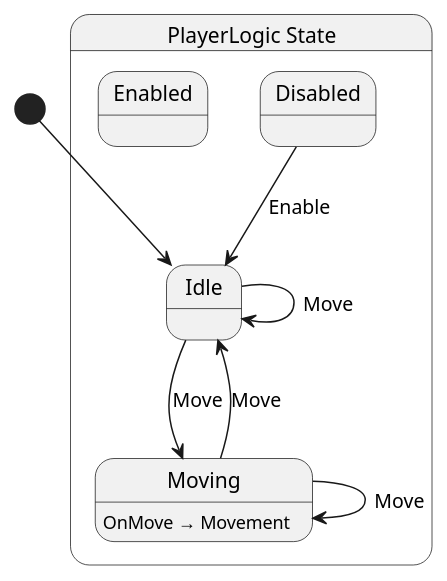
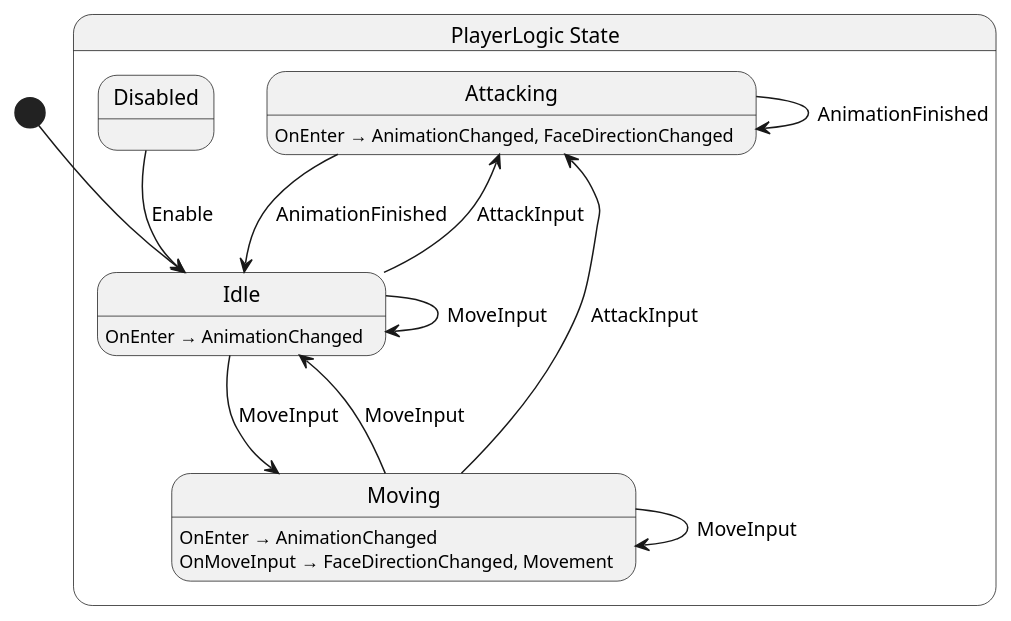
Before and after one commit to Nilsiker/Adventure: the diagram in src/player/state/PlayerLogic.g.puml, drawn with PlantUML. The commit also changed 27 other files, not shown here.

```diff
--- a/src/player/state/PlayerLogic.g.puml
+++ b/src/player/state/PlayerLogic.g.puml
@@ -1,18 +1,25 @@
 @startuml PlayerLogic
 state "PlayerLogic State" as Shellguard_Player_State_PlayerLogic_State {
+  state "Attacking" as Shellguard_Player_State_PlayerLogic_State_Attacking
   state "Disabled" as Shellguard_Player_State_PlayerLogic_State_Disabled
-  state "Enabled" as Shellguard_Player_State_PlayerLogic_State_Enabled
   state "Idle" as Shellguard_Player_State_PlayerLogic_State_Idle
   state "Moving" as Shellguard_Player_State_PlayerLogic_State_Moving
 }
 
+Shellguard_Player_State_PlayerLogic_State_Attacking --> Shellguard_Player_State_PlayerLogic_State_Attacking : AnimationFinished
+Shellguard_Player_State_PlayerLogic_State_Attacking --> Shellguard_Player_State_PlayerLogic_State_Idle : AnimationFinished
 Shellguard_Player_State_PlayerLogic_State_Disabled --> Shellguard_Player_State_PlayerLogic_State_Idle : Enable
-Shellguard_Player_State_PlayerLogic_State_Idle --> Shellguard_Player_State_PlayerLogic_State_Idle : Move
-Shellguard_Player_State_PlayerLogic_State_Idle --> Shellguard_Player_State_PlayerLogic_State_Moving : Move
-Shellguard_Player_State_PlayerLogic_State_Moving --> Shellguard_Player_State_PlayerLogic_State_Idle : Move
-Shellguard_Player_State_PlayerLogic_State_Moving --> Shellguard_Player_State_PlayerLogic_State_Moving : Move
+Shellguard_Player_State_PlayerLogic_State_Idle --> Shellguard_Player_State_PlayerLogic_State_Attacking : AttackInput
+Shellguard_Player_State_PlayerLogic_State_Idle --> Shellguard_Player_State_PlayerLogic_State_Idle : MoveInput
+Shellguard_Player_State_PlayerLogic_State_Idle --> Shellguard_Player_State_PlayerLogic_State_Moving : MoveInput
+Shellguard_Player_State_PlayerLogic_State_Moving --> Shellguard_Player_State_PlayerLogic_State_Attacking : AttackInput
+Shellguard_Player_State_PlayerLogic_State_Moving --> Shellguard_Player_State_PlayerLogic_State_Idle : MoveInput
+Shellguard_Player_State_PlayerLogic_State_Moving --> Shellguard_Player_State_PlayerLogic_State_Moving : MoveInput
 
-Shellguard_Player_State_PlayerLogic_State_Moving : OnMove → Movement
+Shellguard_Player_State_PlayerLogic_State_Attacking : OnEnter → AnimationChanged, FaceDirectionChanged
+Shellguard_Player_State_PlayerLogic_State_Idle : OnEnter → AnimationChanged
+Shellguard_Player_State_PlayerLogic_State_Moving : OnEnter → AnimationChanged
+Shellguard_Player_State_PlayerLogic_State_Moving : OnMoveInput → FaceDirectionChanged, Movement
 
 [*] --> Shellguard_Player_State_PlayerLogic_State_Idle
 @enduml
```
